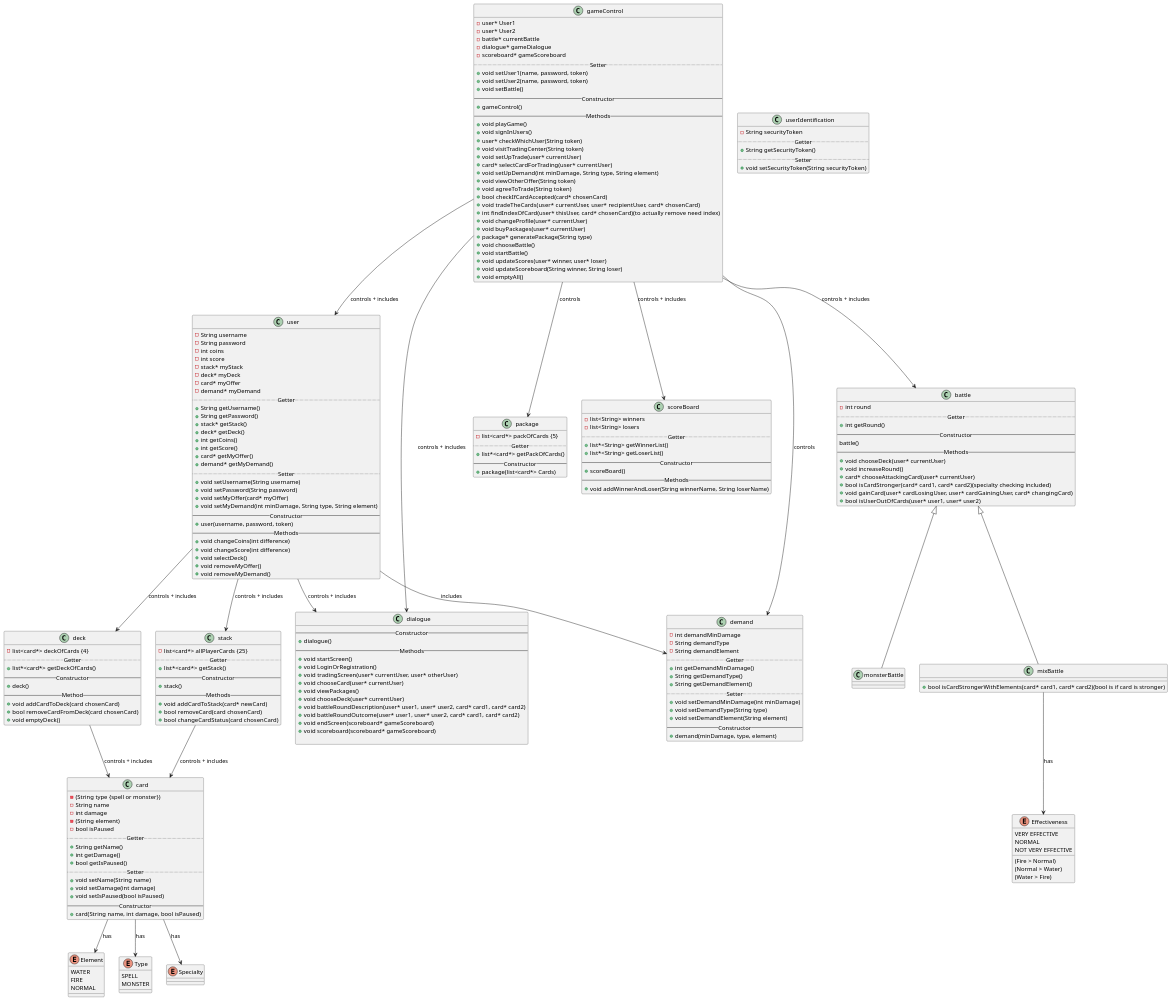
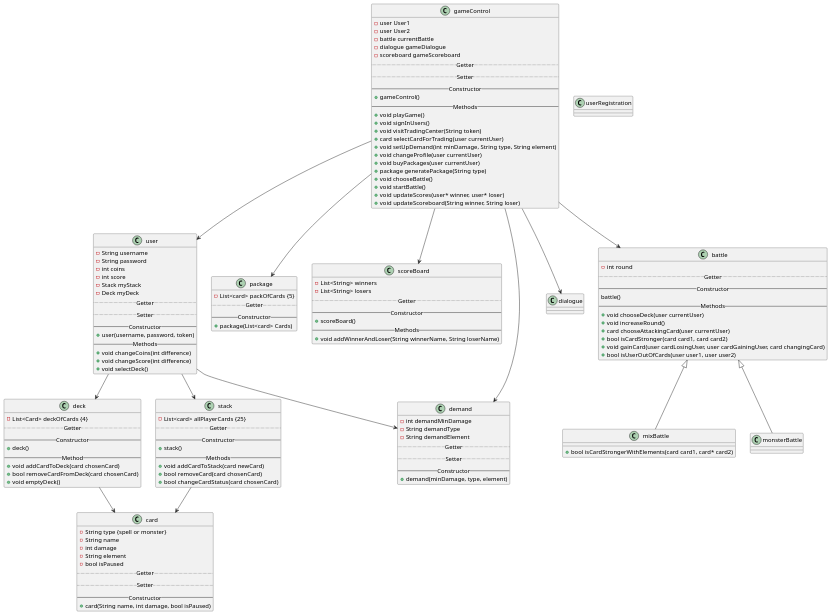
The diagram in Monster-Trading-Card-Game/classdiagram.puml (marlis-t/MonsterTradingCardGame), drawn with PlantUML before and after one commit. The commit also changed 4 other files, not shown here.

```diff
--- a/Monster-Trading-Card-Game/classdiagram.puml
+++ b/Monster-Trading-Card-Game/classdiagram.puml
@@ -4,87 +4,36 @@
     -String password
     -int coins
     -int score
-    -stack* myStack
-    -deck* myDeck
-    -card* myOffer
-    -demand* myDemand
+    -Stack myStack
+    -Deck myDeck
     ..Getter..
-    +String getUsername()
-    +String getPassword()
-    +stack* getStack()
-    +deck* getDeck()
-    +int getCoins()
-    +int getScore()
-    +card* getMyOffer()
-    +demand* getMyDemand()
     ..Setter..
-    +void setUsername(String username)
-    +void setPassword(String password)
-    +void setMyOffer(card* myOffer)
-    +void setMyDemand(int minDamage, String type, String element)
     --Constructor--
     +user(username, password, token)
     --Methods--
     +void changeCoins(int difference)
     +void changeScore(int difference)
     +void selectDeck()
-    +void removeMyOffer()
-    +void removeMyDemand()
 }
 
-class userIdentification{
-    -String securityToken
-    ..Getter..
-    +String getSecurityToken()
-    ..Setter..
-    +void setSecurityToken(String securityToken)
-}
-
-enum Element{
-    WATER
-    FIRE
-    NORMAL
-}
-
-enum Type{
-    SPELL
-    MONSTER
-}
-
-enum Effectiveness{
-    VERY EFFECTIVE
-    NORMAL
-    NOT VERY EFFECTIVE
-    (Fire > Normal)
-    (Normal > Water)
-    (Water > Fire)
-}
-
-enum Specialty{
+class userRegistration{
 }
 
 class card{
-    -(String type {spell or monster})
+    -String type {spell or monster}
     -String name
     -int damage
-    -(String element)
+    -String element
     -bool isPaused
     ..Getter..
-    +String getName()
-    +int getDamage()
-    +bool getIsPaused()
     ..Setter..
-    +void setName(String name)
-    +void setDamage(int damage)
-    +void setIsPaused(bool isPaused)
     --Constructor--
   +card(String name, int damage, bool isPaused)
 }
 
 class deck{
-    -list<card*> deckOfCards {4}
+    -List<Card> deckOfCards {4}
     ..Getter..
-    +list*<card*> getDeckOfCards()
     --Constructor--
     +deck()
     --Method--
@@ -94,31 +43,27 @@
 }
 
 class package{
-    -list<card*> packOfCards {5}
+    -List<card> packOfCards {5}
     ..Getter..
-    +list*<card*> getPackOfCards()
     --Constructor--
-    +package(list<card*> Cards)
+    +package(List<card> Cards)
 }
 
 class stack{
-    -list<card*> allPlayerCards {25}
+    -List<card> allPlayerCards {25}
     ..Getter..
-    +list*<card*> getStack()
     --Constructor--
     +stack()
     --Methods--
-    +void addCardToStack(card* newCard)
+    +void addCardToStack(card newCard)
     +bool removeCard(card chosenCard)
     +bool changeCardStatus(card chosenCard)
 }
 
 class scoreBoard{
-    -list<String> winners
-    -list<String> losers
+    -List<String> winners
+    -List<String> losers
     ..Getter..
-    +list*<String> getWinnerList()
-    +list*<String> getLoserList()
     --Constructor--
     +scoreBoard()
     --Methods--
@@ -128,16 +73,15 @@
 class battle{
     -int round
     ..Getter..
-    +int getRound()
     --Constructor--
     battle()
     --Methods--
-    +void chooseDeck(user* currentUser)
+    +void chooseDeck(user currentUser)
     +void increaseRound()
-    +card* chooseAttackingCard(user* currentUser)
-    +bool isCardStronger(card* card1, card* card2)(specialty checking included)
-    +void gainCard(user* cardLosingUser, user* cardGainingUser, card* changingCard)
-    +bool isUserOutOfCards(user* user1, user* user2)
+    +card chooseAttackingCard(user currentUser)
+    +bool isCardStronger(card card1, card card2)
+    +void gainCard(user cardLosingUser, user cardGainingUser, card changingCard)
+    +bool isUserOutOfCards(user user1, user user2)
 }
 
 class monsterBattle extends battle{
@@ -145,24 +89,10 @@
 }
 
 class mixBattle extends battle{
-    +bool isCardStrongerWithElements(card* card1, card* card2)(bool is if card is stronger)
+    +bool isCardStrongerWithElements(card card1, card* card2)
 }
 
 class dialogue{
-    --Constructor--
-    +dialogue()
-    --Methods--
-    +void startScreen()
-    +void LoginOrRegistration()
-    +void tradingScreen(user* currentUser, user* otherUser)
-    +void chooseCard(user* currentUser)
-    +void viewPackages()
-    +void chooseDeck(user* currentUser)
-    +void battleRoundDescription(user* user1, user* user2, card* card1, card* card2)
-    +void battleRoundOutcome(user* user1, user* user2, card* card1, card* card2)
-    +void endScreen(scoreboard* gameScoreboard)
-    +void scoreboard(scoreboard* gameScoreboard)
-
 }
 
 class demand{
@@ -170,73 +100,50 @@
     -String demandType
     -String demandElement
     ..Getter..
-    +int getDemandMinDamage()
-    +String getDemandType()
-    +String getDemandElement()
     ..Setter..
-    +void setDemandMinDamage(int minDamage)
-    +void setDemandType(String type)
-    +void setDemandElement(String element)
     --Constructor--
     +demand(minDamage, type, element)
 }
 
 class gameControl{
- -user* User1
- -user* User2
- -battle* currentBattle
- -dialogue* gameDialogue
- -scoreboard* gameScoreboard
+ -user User1
+ -user User2
+ -battle currentBattle
+ -dialogue gameDialogue
+ -scoreboard gameScoreboard
+ ..Getter..
  ..Setter..
- +void setUser1(name, password, token)
- +void setUser2(name, password, token)
- +void setBattle()
  --Constructor--
  +gameControl()
  --Methods--
  +void playGame()
  +void signInUsers()
- +user* checkWhichUser(String token)
  +void visitTradingCenter(String token)
-  +void setUpTrade(user* currentUser)
-  +card* selectCardForTrading(user* currentUser)
+  +card selectCardForTrading(user currentUser)
   +void setUpDemand(int minDamage, String type, String element)
-  +void viewOtherOffer(String token)
-   +void agreeToTrade(String token)
-    +bool checkIfCardAccepted(card* chosenCard)
-    +void tradeTheCards(user* currentUser, user* recipientUser, card* chosenCard)
-    +int findIndexOfCard(user* thisUser, card* chosenCard)(to actually remove need index)
- +void changeProfile(user* currentUser)
- +void buyPackages(user* currentUser)
-  +package* generatePackage(String type)
+ +void changeProfile(user currentUser)
+ +void buyPackages(user currentUser)
+  +package generatePackage(String type)
  +void chooseBattle()
  +void startBattle()
   +void updateScores(user* winner, user* loser)
   +void updateScoreboard(String winner, String loser)
- +void emptyAll()
 }
 
 
-gameControl --> user: controls + includes
-gameControl --> package: controls
-gameControl --> scoreBoard: controls + includes
-gameControl --> battle: controls + includes
-gameControl --> demand: controls
-gameControl --> dialogue: controls + includes
+gameControl --> user
+gameControl --> package
+gameControl --> scoreBoard
+gameControl --> battle
+gameControl --> demand
+gameControl --> dialogue
 
-user --> deck: controls + includes
-user --> stack: controls + includes
-user --> demand: includes
-user --> dialogue: controls + includes
+user --> deck
+user --> stack
+user --> demand
 
-deck --> card: controls + includes
+deck --> card
 
-stack --> card: controls + includes
-
-card --> Element: has
-card --> Type: has
-card --> Specialty: has
-
-mixBattle --> Effectiveness: has
+stack --> card
 
 @enduml
```
